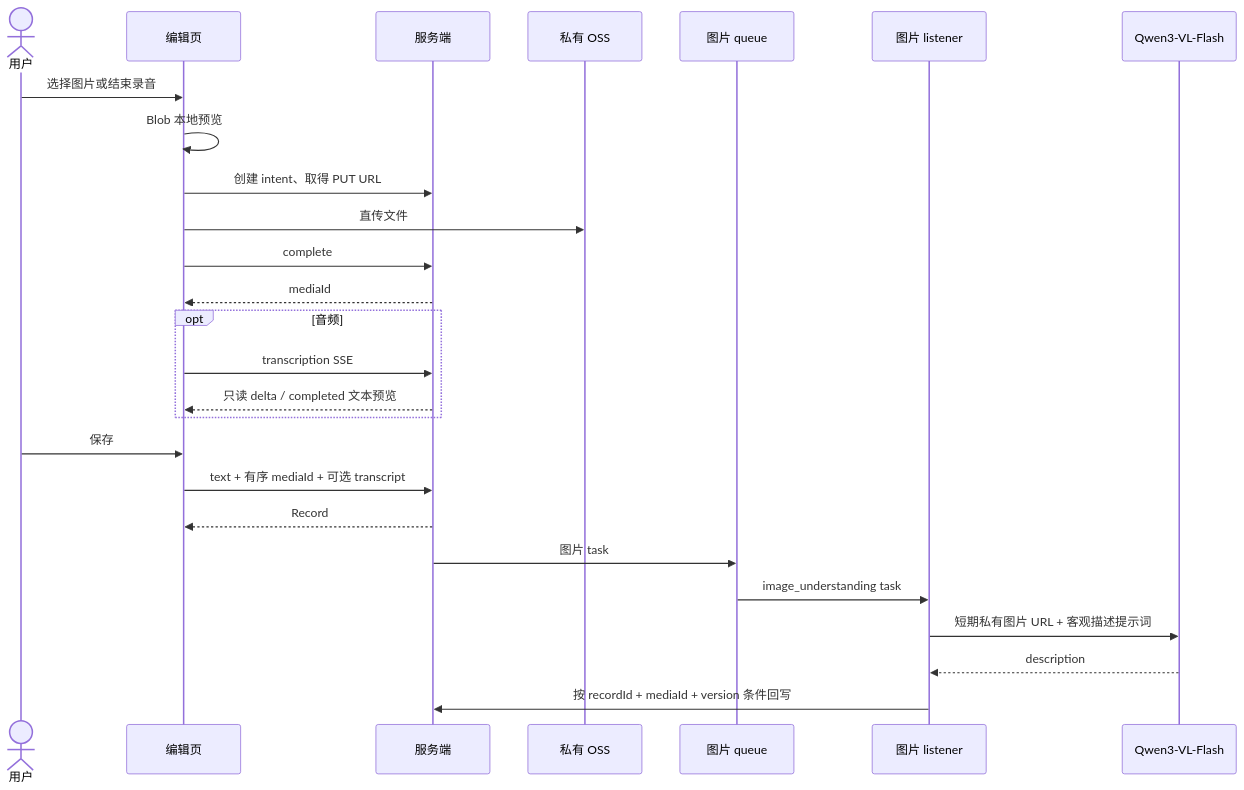
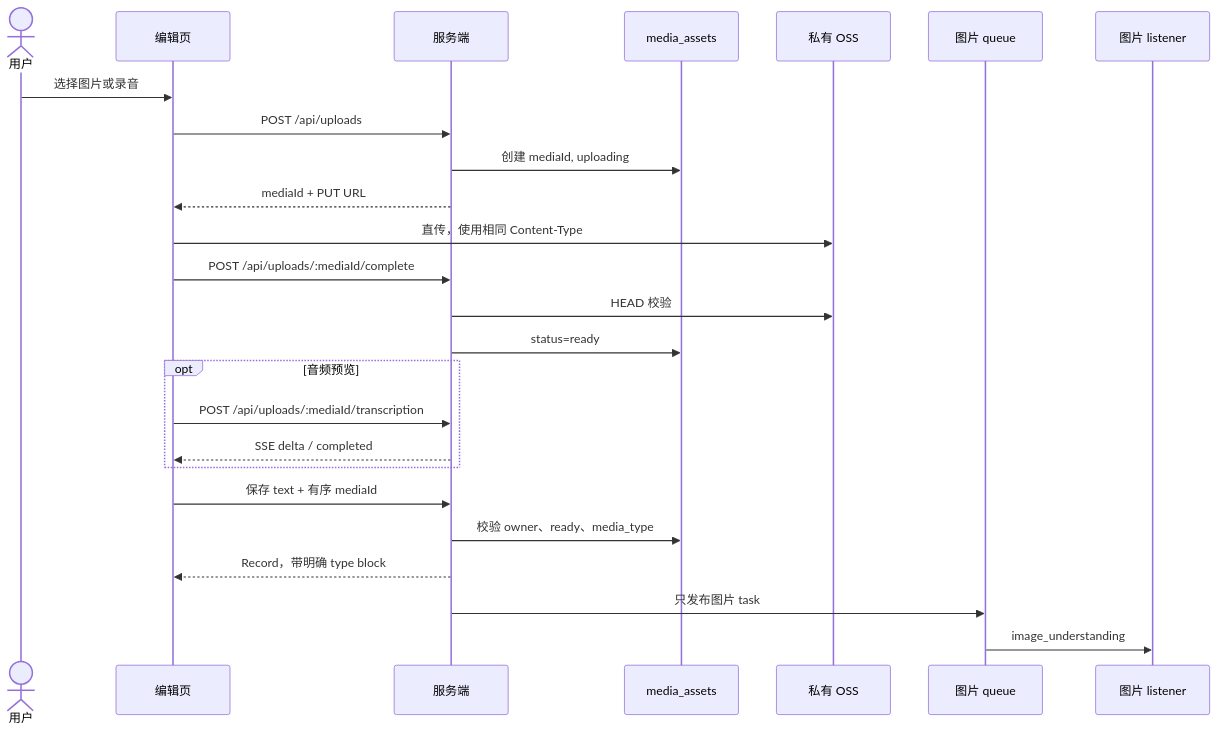
Before and after one commit to huiru-wang/fanto: the diagram in docs/product-flows/record-editor.md, drawn with Mermaid. The commit also changed other lines of this file and 59 other files, not shown here.

````diff
--- a/docs/product-flows/record-editor.md
+++ b/docs/product-flows/record-editor.md
@@ -5,29 +5,28 @@
 ```mermaid
 sequenceDiagram
   actor U as 用户
   participant C as 编辑页
   participant API as 服务端
+  participant M as media_assets
   participant OSS as 私有 OSS
   participant Q as 图片 queue
   participant L as 图片 listener
-  participant V as Qwen3-VL-Flash
 
-  U->>C: 选择图片或结束录音
-  C->>C: Blob 本地预览
-  C->>API: 创建 intent、取得 PUT URL
-  C->>OSS: 直传文件
-  C->>API: complete
-  API-->>C: mediaId
-  opt 音频
-    C->>API: transcription SSE
-    API-->>C: 只读 delta / completed 文本预览
+  U->>C: 选择图片或录音
+  C->>API: POST /api/uploads
+  API->>M: 创建 mediaId, uploading
+  API-->>C: mediaId + PUT URL
+  C->>OSS: 直传，使用相同 Content-Type
+  C->>API: POST /api/uploads/:mediaId/complete
+  API->>OSS: HEAD 校验
+  API->>M: status=ready
+  opt 音频预览
+    C->>API: POST /api/uploads/:mediaId/transcription
+    API-->>C: SSE delta / completed
   end
-  U->>C: 保存
-  C->>API: text + 有序 mediaId + 可选 transcript
-  API-->>C: Record
-  API->>Q: 图片 task
-  Q->>L: image_understanding task
-  L->>V: 短期私有图片 URL + 客观描述提示词
-  V-->>L: description
-  L->>API: 按 recordId + mediaId + version 条件回写
+  C->>API: 保存 text + 有序 mediaId
+  API->>M: 校验 owner、ready、media_type
+  API-->>C: Record，带明确 type block
+  API->>Q: 只发布图片 task
+  Q->>L: image_understanding
 ```
````
